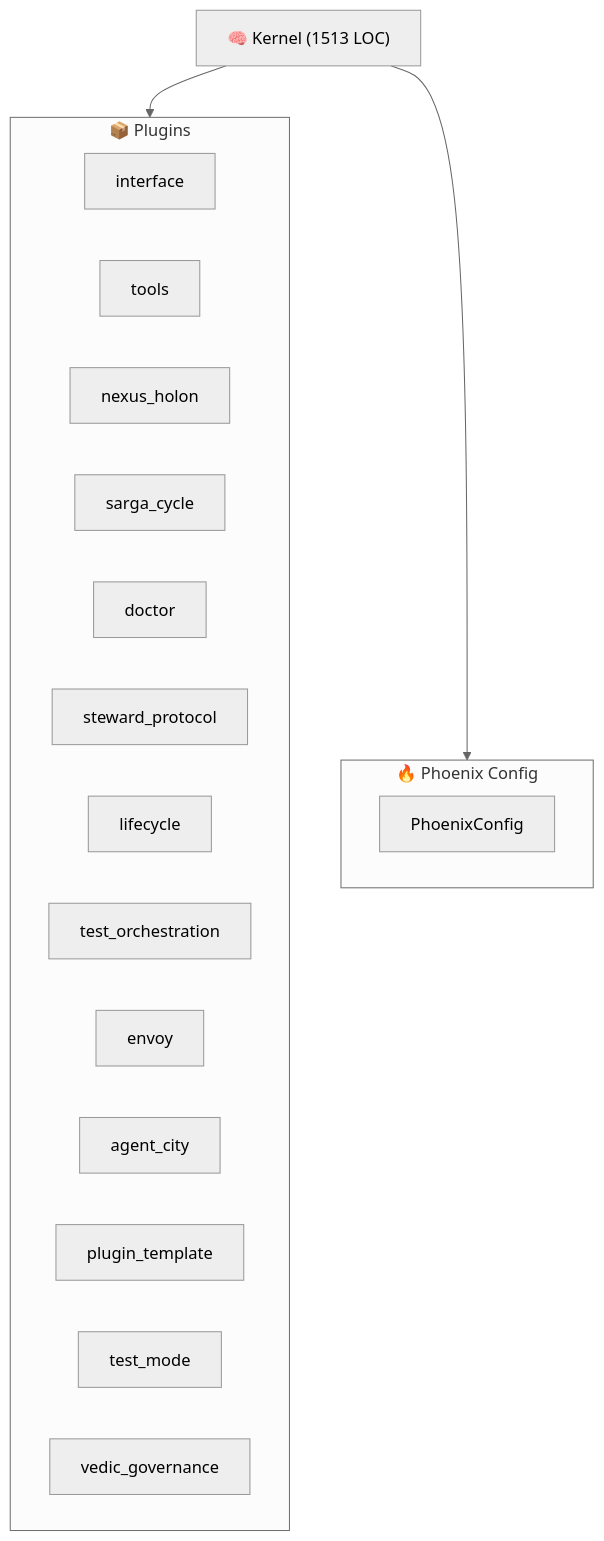
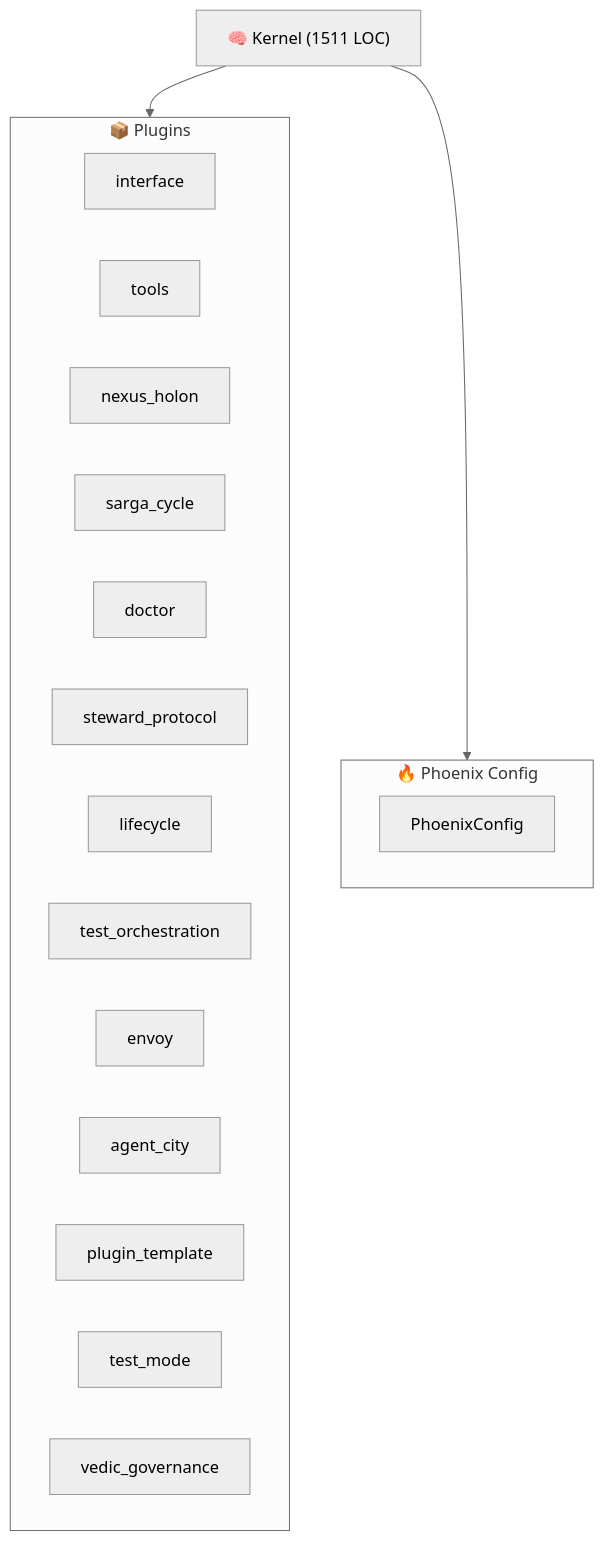
The diagram in ARCHITECTURE.md (kimeisele/steward-protocol), drawn with Mermaid (neutral theme) before and after one commit. The commit also changed other lines of this file and 15 other files, not shown here.

````diff
--- a/ARCHITECTURE.md
+++ b/ARCHITECTURE.md
@@ -8,24 +8,24 @@
 ```mermaid
 graph TB
-    K["🧠 Kernel (1513 LOC)"]
+    K["🧠 Kernel (1511 LOC)"]
     subgraph Plugins["📦 Plugins"]
         P_interface["interface"]
         P_tools["tools"]
         P_nexus_holon["nexus_holon"]
         P_sarga_cycle["sarga_cycle"]
         P_doctor["doctor"]
         P_steward_protocol["steward_protocol"]
         P_lifecycle["lifecycle"]
         P_test_orchestration["test_orchestration"]
         P_envoy["envoy"]
         P_agent_city["agent_city"]
         P_plugin_template["plugin_template"]
         P_test_mode["test_mode"]
         P_vedic_governance["vedic_governance"]
     end
     K --> Plugins
     subgraph Config["🔥 Phoenix Config"]
         PC[PhoenixConfig]
     end
     K --> Config
 ```
````
